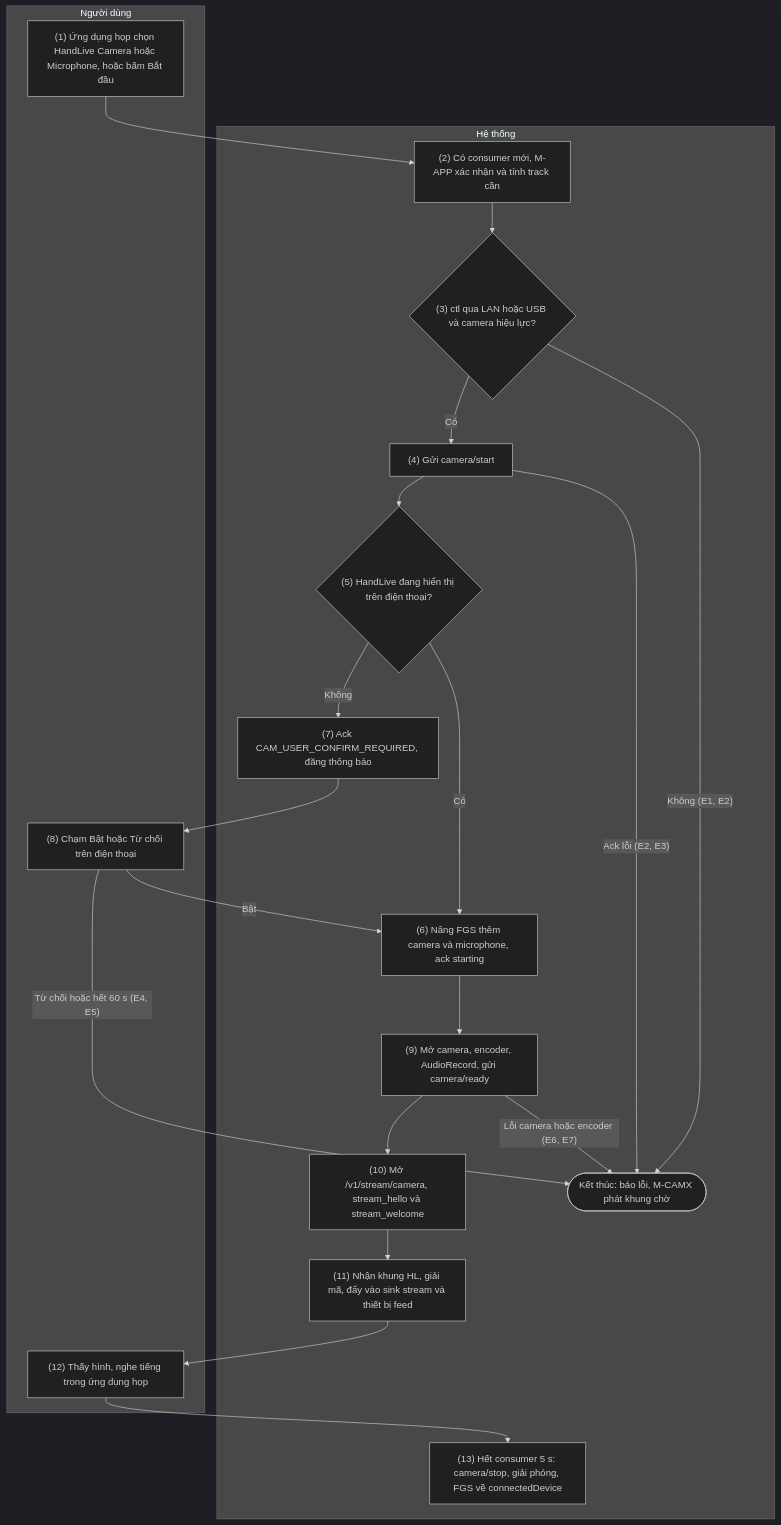
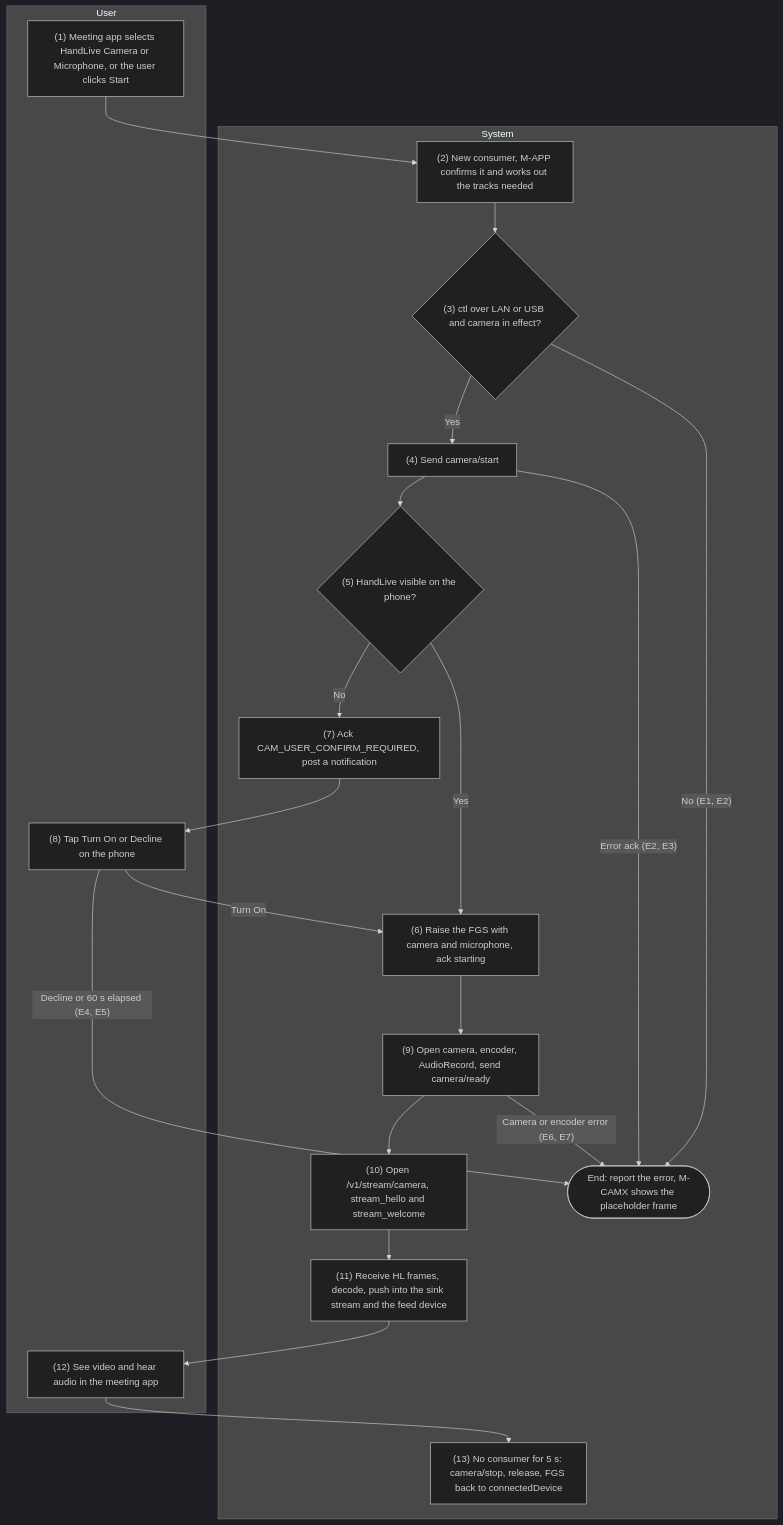
One commit to HandLive/handlive changed the second of 5 diagrams in docs/detailed-design/08-camera-mic.md. Above: the diagram before and after it, drawn with Mermaid (dark theme). The commit also changed other lines of this file and 1 other file, not shown here.

Commit message:
docs: translate docs/detailed-design/08-camera-mic.md into English

````diff
--- a/docs/detailed-design/08-camera-mic.md
+++ b/docs/detailed-design/08-camera-mic.md
@@ -408,31 +418,31 @@
 ```mermaid
 flowchart TB
-  subgraph ND["Người dùng"]
-    U1["(1) Ứng dụng họp chọn HandLive Camera hoặc Microphone, hoặc bấm Bắt đầu"]
-    U8["(8) Chạm Bật hoặc Từ chối trên điện thoại"]
-    U12["(12) Thấy hình, nghe tiếng trong ứng dụng họp"]
+  subgraph ND["User"]
+    U1["(1) Meeting app selects HandLive Camera or Microphone, or the user clicks Start"]
+    U8["(8) Tap Turn On or Decline on the phone"]
+    U12["(12) See video and hear audio in the meeting app"]
   end
-  subgraph HT["Hệ thống"]
-    S2["(2) Có consumer mới, M-APP xác nhận và tính track cần"]
-    D3{"(3) ctl qua LAN hoặc USB và camera hiệu lực?"}
-    S4["(4) Gửi camera/start"]
-    D5{"(5) HandLive đang hiển thị trên điện thoại?"}
-    S6["(6) Nâng FGS thêm camera và microphone, ack starting"]
-    S7["(7) Ack CAM_USER_CONFIRM_REQUIRED, đăng thông báo"]
-    S9["(9) Mở camera, encoder, AudioRecord, gửi camera/ready"]
-    S10["(10) Mở /v1/stream/camera, stream_hello và stream_welcome"]
-    S11["(11) Nhận khung HL, giải mã, đẩy vào sink stream và thiết bị feed"]
-    S13["(13) Hết consumer 5 s: camera/stop, giải phóng, FGS về connectedDevice"]
-    X1(["Kết thúc: báo lỗi, M-CAMX phát khung chờ"])
+  subgraph HT["System"]
+    S2["(2) New consumer, M-APP confirms it and works out the tracks needed"]
+    D3{"(3) ctl over LAN or USB and camera in effect?"}
+    S4["(4) Send camera/start"]
+    D5{"(5) HandLive visible on the phone?"}
+    S6["(6) Raise the FGS with camera and microphone, ack starting"]
+    S7["(7) Ack CAM_USER_CONFIRM_REQUIRED, post a notification"]
+    S9["(9) Open camera, encoder, AudioRecord, send camera/ready"]
+    S10["(10) Open /v1/stream/camera, stream_hello and stream_welcome"]
+    S11["(11) Receive HL frames, decode, push into the sink stream and the feed device"]
+    S13["(13) No consumer for 5 s: camera/stop, release, FGS back to connectedDevice"]
+    X1(["End: report the error, M-CAMX shows the placeholder frame"])
   end
   U1 --> S2 --> D3
-  D3 -- "Có" --> S4 --> D5
-  D3 -- "Không (E1, E2)" --> X1
-  S4 -- "Ack lỗi (E2, E3)" --> X1
-  D5 -- "Có" --> S6 --> S9
-  D5 -- "Không" --> S7 --> U8
-  U8 -- "Bật" --> S6
-  U8 -- "Từ chối hoặc hết 60 s (E4, E5)" --> X1
-  S9 -- "Lỗi camera hoặc encoder (E6, E7)" --> X1
+  D3 -- "Yes" --> S4 --> D5
+  D3 -- "No (E1, E2)" --> X1
+  S4 -- "Error ack (E2, E3)" --> X1
+  D5 -- "Yes" --> S6 --> S9
+  D5 -- "No" --> S7 --> U8
+  U8 -- "Turn On" --> S6
+  U8 -- "Decline or 60 s elapsed (E4, E5)" --> X1
+  S9 -- "Camera or encoder error (E6, E7)" --> X1
   S9 --> S10 --> S11 --> U12 --> S13
 ```
````
